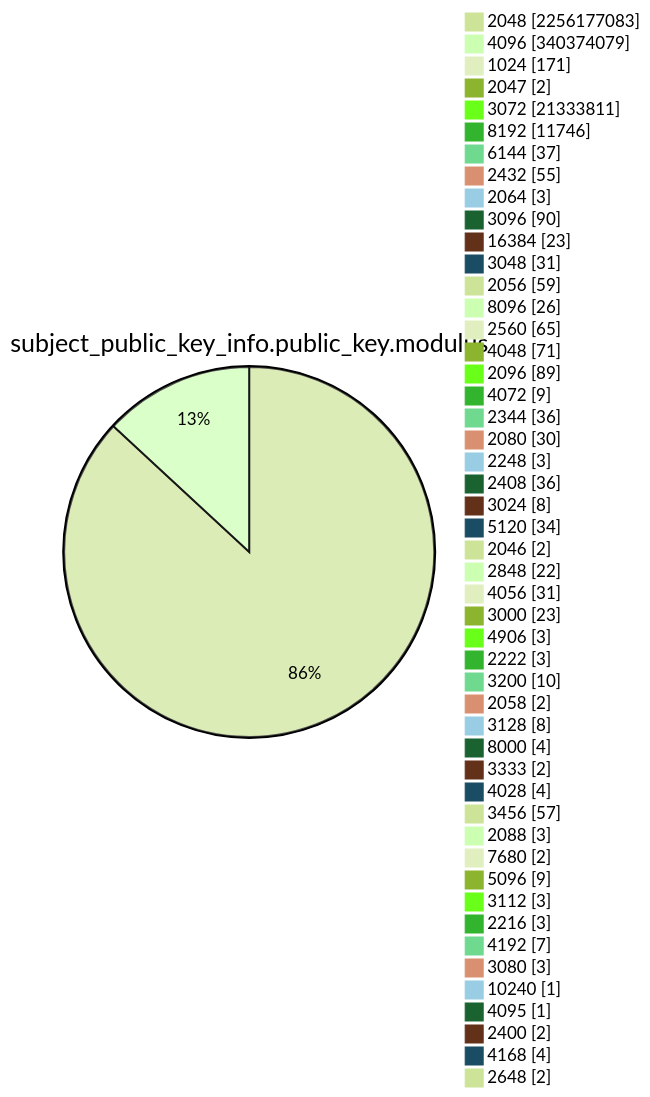
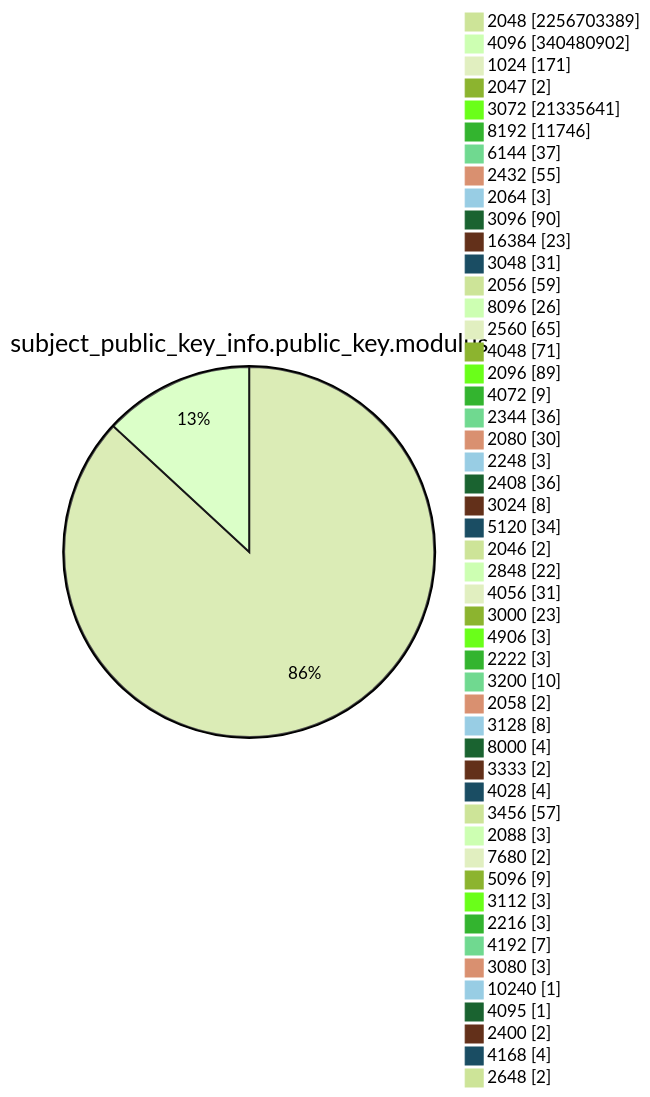
One commit to christiankrug/ctmonitor_visualization changed diagram 13 of 15 in TOTAL/README.md. Above: the diagram before and after it, drawn with Mermaid (forest theme). The commit also changed other lines of this file, not shown here.

````diff
--- a/TOTAL/README.md
+++ b/TOTAL/README.md
@@ -4165,53 +4165,53 @@
 ```mermaid
 pie showData
 title subject_public_key_info.public_key.modulus
-"2048" :2256177083
-"4096" :340374079
+"2048" :2256703389
+"4096" :340480902
 "1024" :171
 "2047" :2
-"3072" :21333811
+"3072" :21335641
 "8192" :11746
 "6144" :37
 "2432" :55
 "2064" :3
 "3096" :90
 "16384" :23
 "3048" :31
 "2056" :59
 "8096" :26
 "2560" :65
 "4048" :71
 "2096" :89
 "4072" :9
 "2344" :36
 "2080" :30
 "2248" :3
 "2408" :36
 "3024" :8
 "5120" :34
 "2046" :2
 "2848" :22
 "4056" :31
 "3000" :23
 "4906" :3
 "2222" :3
 "3200" :10
 "2058" :2
 "3128" :8
 "8000" :4
 "3333" :2
 "4028" :4
 "3456" :57
 "2088" :3
 "7680" :2
 "5096" :9
 "3112" :3
 "2216" :3
 "4192" :7
 "3080" :3
 "10240" :1
 "4095" :1
 "2400" :2
 "4168" :4
 "2648" :2
 ```
````
